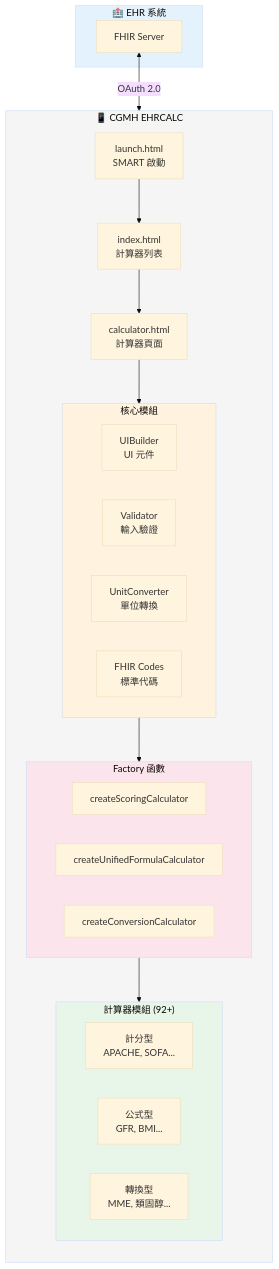
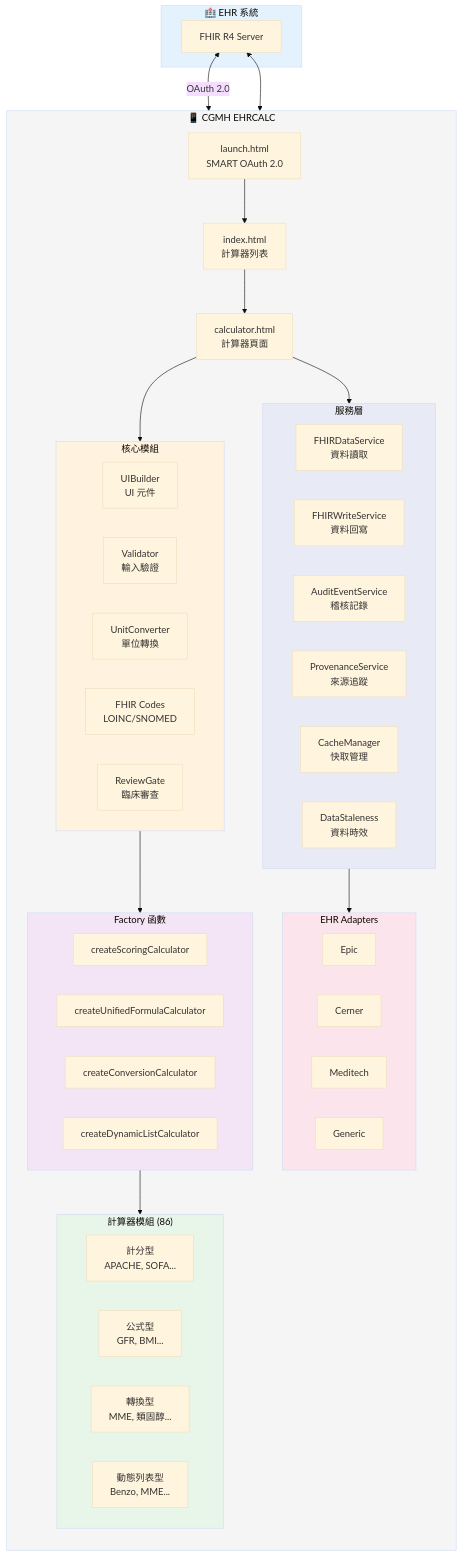
One commit to Lusnaker0730/MEDCALCEHR changed the first of 2 diagrams in README.md. Above: the diagram before and after it, drawn with Mermaid (base theme). The commit also changed other lines of this file and 32 other files, not shown here.

````diff
--- a/README.md
+++ b/README.md
@@ -247,45 +227,69 @@
 ```mermaid
 flowchart TB
     subgraph EHR["🏥 EHR 系統"]
-        FHIR["FHIR Server"]
+        FHIR["FHIR R4 Server"]
     end
 
     subgraph App["📱 CGMH EHRCALC"]
         direction TB
-        Launch["launch.html<br/>SMART 啟動"]
+        Launch["launch.html<br/>SMART OAuth 2.0"]
         Index["index.html<br/>計算器列表"]
         Calc["calculator.html<br/>計算器頁面"]
 
         subgraph Core["核心模組"]
             UIBuilder["UIBuilder<br/>UI 元件"]
             Validator["Validator<br/>輸入驗證"]
             UnitConv["UnitConverter<br/>單位轉換"]
-            FHIRCodes["FHIR Codes<br/>標準代碼"]
+            FHIRCodes["FHIR Codes<br/>LOINC/SNOMED"]
+            ReviewGate["ReviewGate<br/>臨床審查"]
         end
 
-        subgraph Calculators["計算器模組 (92+)"]
+        subgraph Services["服務層"]
+            FHIRData["FHIRDataService<br/>資料讀取"]
+            FHIRWrite["FHIRWriteService<br/>資料回寫"]
+            AuditSvc["AuditEventService<br/>稽核記錄"]
+            Provenance["ProvenanceService<br/>來源追蹤"]
+            Cache["CacheManager<br/>快取管理"]
+            Staleness["DataStaleness<br/>資料時效"]
+        end
+
+        subgraph Adapters["EHR Adapters"]
+            Epic["Epic"]
+            Cerner["Cerner"]
+            Meditech["Meditech"]
+            Generic["Generic"]
+        end
+
+        subgraph Calculators["計算器模組 (86)"]
             Scoring["計分型<br/>APACHE, SOFA..."]
             Formula["公式型<br/>GFR, BMI..."]
             Convert["轉換型<br/>MME, 類固醇..."]
+            DynList["動態列表型<br/>Benzo, MME..."]
         end
 
         subgraph Factories["Factory 函數"]
             SF["createScoringCalculator"]
             FF["createUnifiedFormulaCalculator"]
             CF["createConversionCalculator"]
+            DF["createDynamicListCalculator"]
         end
     end
 
     FHIR <-->|"OAuth 2.0"| Launch
+    FHIR <--> Adapters
     Launch --> Index
     Index --> Calc
     Calc --> Core
+    Calc --> Services
+    Services --> Adapters
     Core --> Factories
     Factories --> Calculators
 
     style EHR fill:#e3f2fd
     style App fill:#f5f5f5
     style Core fill:#fff3e0
+    style Services fill:#e8eaf6
+    style Adapters fill:#fce4ec
     style Calculators fill:#e8f5e9
-    style Factories fill:#fce4ec
+    style Factories fill:#f3e5f5
 ```
````
